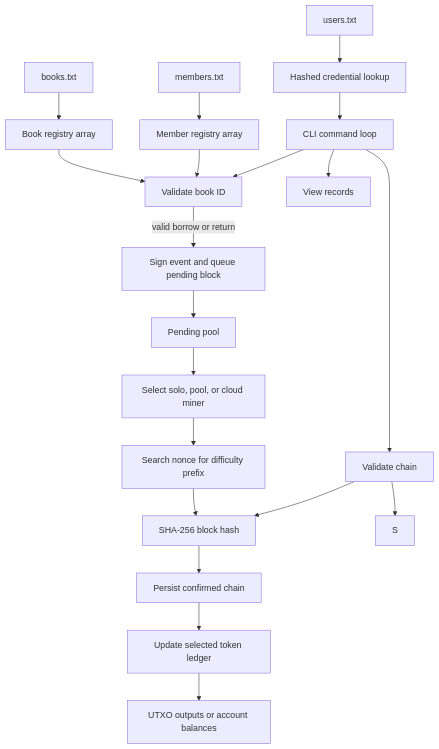
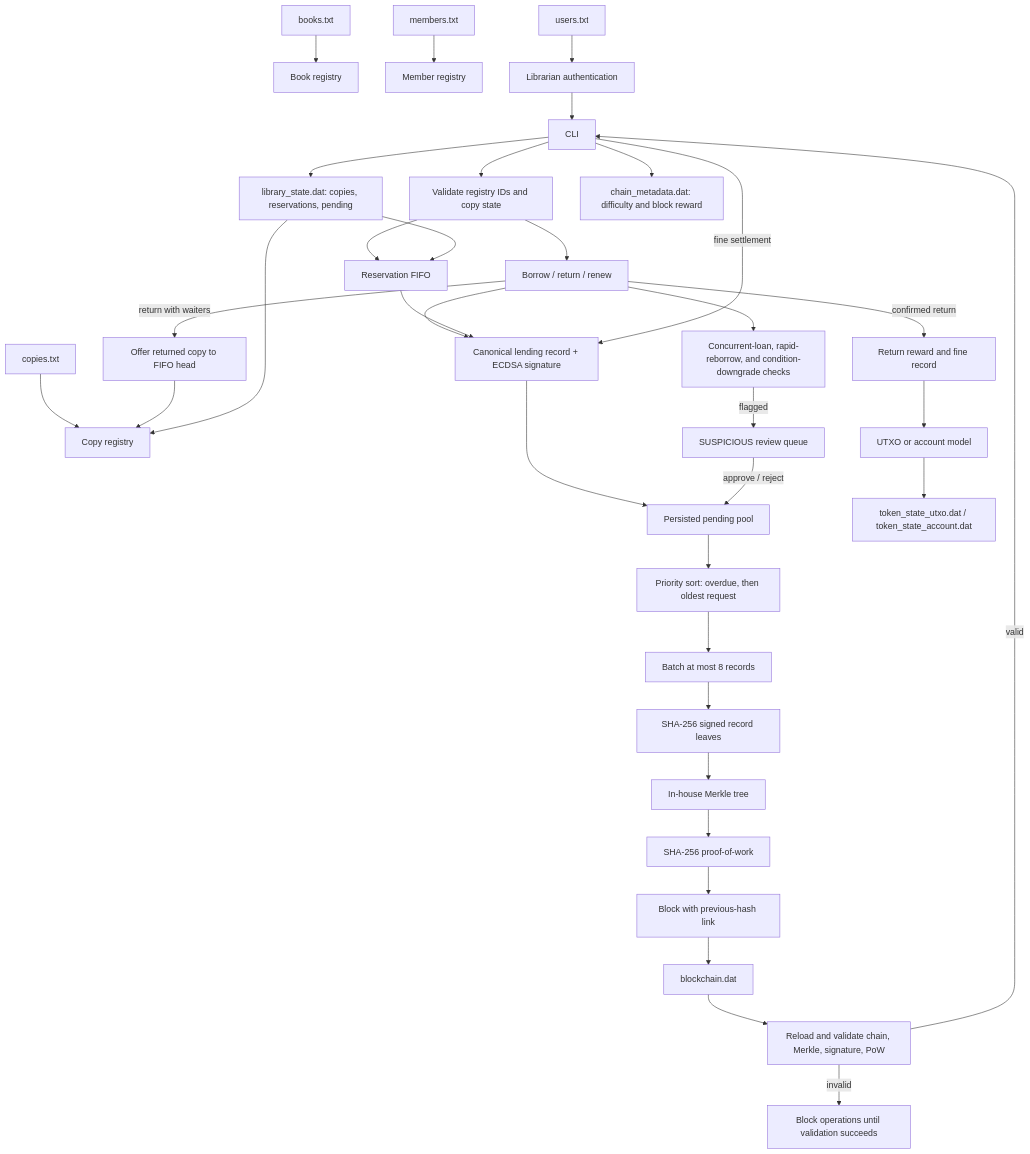
Before and after one commit to Angel-ingabire/Individual-Assignment-1--F-A-: the diagram in DESIGN.md, drawn with Mermaid. The commit also changed other lines of this file and 5 other files, not shown here.

````diff
--- a/DESIGN.md
+++ b/DESIGN.md
@@ -3,22 +3,37 @@
 ```mermaid
 flowchart TD
-    A[books.txt] --> R[Book registry array]
-    B[members.txt] --> M[Member registry array]
-    C[users.txt] --> AUTH[Hashed credential lookup]
-    AUTH --> CLI[CLI command loop]
-    R --> V[Validate book ID]
-    M --> V
-    CLI --> V
-    V -->|valid borrow or return| T[Sign event and queue pending block]
-    T --> PP[Pending pool]
-    PP --> MW[Select solo, pool, or cloud miner]
-    MW --> POW[Search nonce for difficulty prefix]
-    POW --> H[SHA-256 block hash]
-    H --> P[Persist confirmed chain]
-    P --> LEDGER[Update selected token ledger]
-    LEDGER --> MODEL[UTXO outputs or account balances]
-    CLI --> Q[View records]
-    CLI --> X[Validate chain]
-    X --> H
-    X --> S
+    B[books.txt] --> BR[Book registry]
+    C[copies.txt] --> CR[Copy registry]
+    M[members.txt] --> MR[Member registry]
+    U[users.txt] --> AU[Librarian authentication]
+    AU --> CLI[CLI]
+    CLI --> VAL[Validate registry IDs and copy state]
+    VAL --> BOR[Borrow / return / renew]
+    VAL --> RES[Reservation FIFO]
+    BOR --> SIGN[Canonical lending record + ECDSA signature]
+    RES --> SIGN
+    SIGN --> POOL[Persisted pending pool]
+    POOL --> SORT[Priority sort: overdue, then oldest request]
+    SORT --> BATCH[Batch at most 8 records]
+    BATCH --> LEAF[SHA-256 signed record leaves]
+    LEAF --> MERKLE[In-house Merkle tree]
+    MERKLE --> POW[SHA-256 proof-of-work]
+    POW --> CHAIN[Block with previous-hash link]
+    CHAIN --> DISK[blockchain.dat]
+    DISK --> AUDIT[Reload and validate chain, Merkle, signature, PoW]
+    AUDIT -->|valid| CLI
+    AUDIT -->|invalid| GATE[Block operations until validation succeeds]
+    BOR -->|return with waiters| OFFER[Offer returned copy to FIFO head]
+    OFFER --> CR
+    BOR -->|confirmed return| TOK[Return reward and fine record]
+    TOK --> LEDGER[UTXO or account model]
+    LEDGER --> TOKDISK[token_state_utxo.dat / token_state_account.dat]
+    CLI --> STATE[library_state.dat: copies, reservations, pending]
+    CLI --> META[chain_metadata.dat: difficulty and block reward]
+    CLI -->|fine settlement| SIGN
+    STATE --> CR
+    STATE --> RES
+    BOR --> FRAUD[Concurrent-loan, rapid-reborrow, and condition-downgrade checks]
+    FRAUD -->|flagged| REVIEW[SUSPICIOUS review queue]
+    REVIEW -->|approve / reject| POOL
 ```
````
